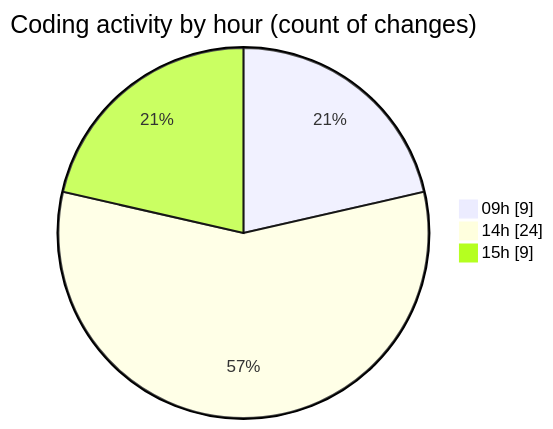
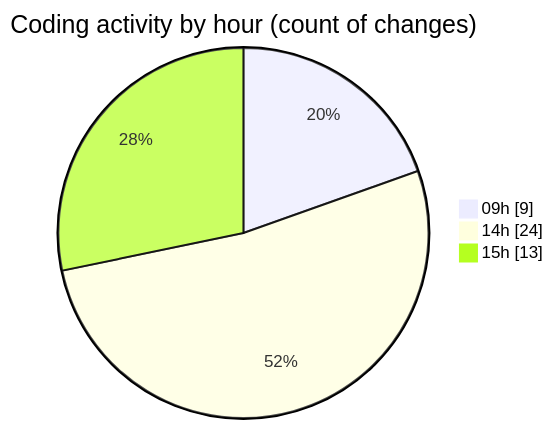
The second of 2 diagrams in 2025-11-25/eventscop-frontend-guide__workspace_/README.md (julien-gomy/code-tracking), drawn with Mermaid before and after one commit. The commit also changed other lines of this file and 1 other file, not shown here.

````diff
--- a/2025-11-25/eventscop-frontend-guide__workspace_/README.md
+++ b/2025-11-25/eventscop-frontend-guide__workspace_/README.md
@@ -44,7 +44,7 @@
 ```mermaid
 pie showData
 title Coding activity by hour (count of changes)
 "09h" : 9
 "14h" : 24
-"15h" : 9
+"15h" : 13
 ```
````
